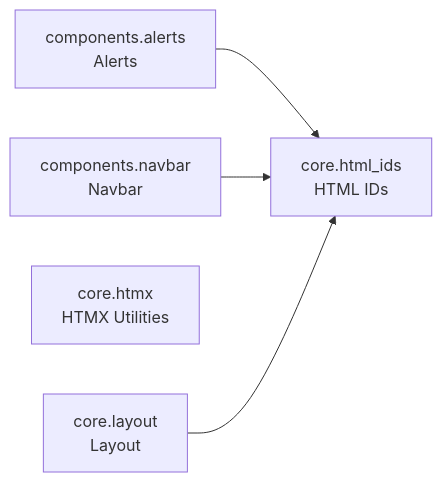
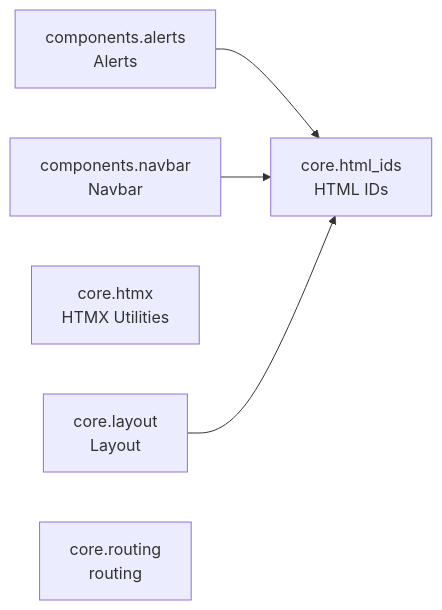
One commit to cj-mills/cjm-fasthtml-app-core changed the diagram in README.md. Above: the diagram before and after it, drawn with Mermaid. The commit also changed other lines of this file and 4 other files, not shown here.

````diff
--- a/README.md
+++ b/README.md
@@ -27,12 +28,13 @@
 ``` mermaid
 graph LR
     components_alerts[components.alerts<br/>Alerts]
     components_navbar[components.navbar<br/>Navbar]
     core_html_ids[core.html_ids<br/>HTML IDs]
     core_htmx[core.htmx<br/>HTMX Utilities]
     core_layout[core.layout<br/>Layout]
+    core_routing[core.routing<br/>routing]
 
     components_alerts --> core_html_ids
     components_navbar --> core_html_ids
     core_layout --> core_html_ids
 ```
````
